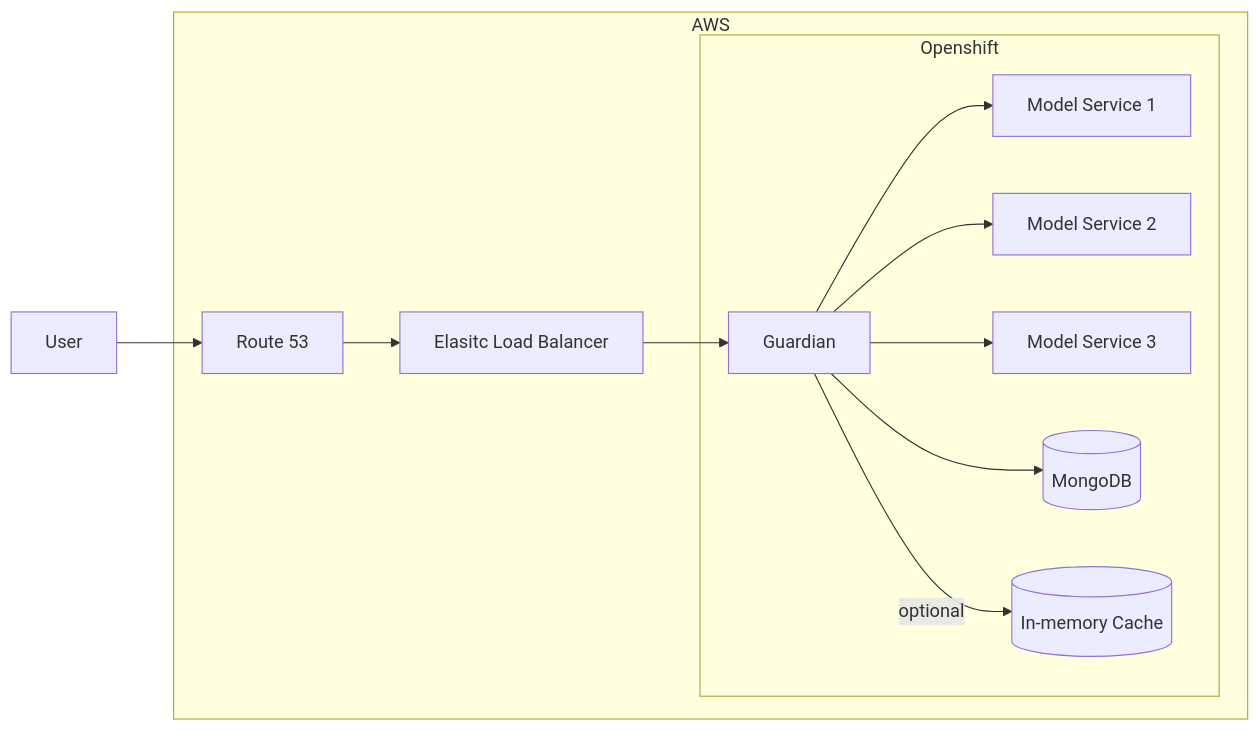
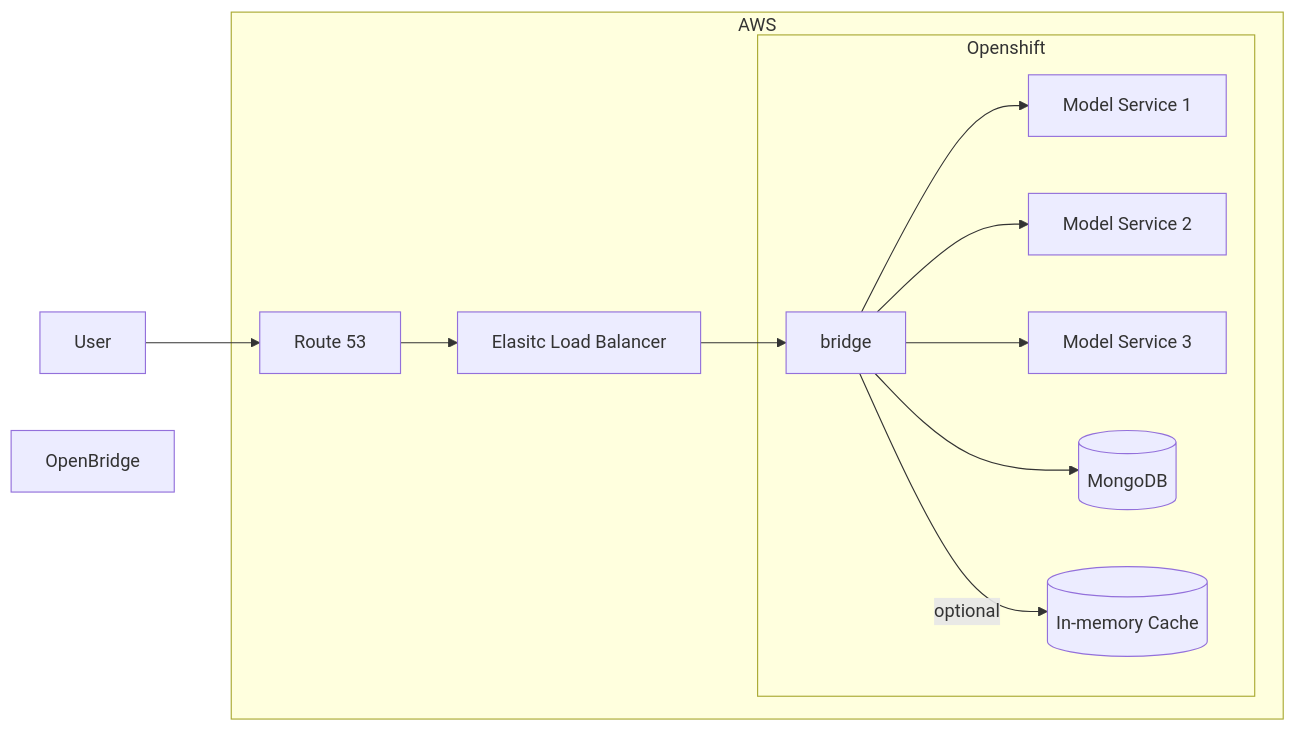
One commit to acceleratedscience/bridge changed the first of 2 diagrams in doc/architecture.md. Above: the diagram before and after it, drawn with Mermaid. The commit also changed other lines of this file and 53 other files, not shown here.

````diff
--- a/doc/architecture.md
+++ b/doc/architecture.md
@@ -38,24 +38,24 @@
 ```mermaid
 flowchart LR
 	user["User"]
 	route["Route 53"]
 	elb["Elasitc Load Balancer"]
-	guardian["Guardian"]
+	ob["OpenBridge"]
 	model1["Model Service 1"]
 	model2["Model Service 2"]
 	model3["Model Service 3"]
 	mongodb[("MongoDB")]
 	cache[("In-memory Cache")]
 
 	user --> route
 	subgraph "AWS"
-	route --> elb --> guardian
+	route --> elb --> bridge
 	subgraph "Openshift"
-	guardian --> mongodb
-    guardian -- optional --> cache
-	guardian --> model1
-	guardian --> model2
-	guardian --> model3
+	bridge --> mongodb
+    bridge -- optional --> cache
+	bridge --> model1
+	bridge --> model2
+	bridge --> model3
 	end
 	end
 ```
````
